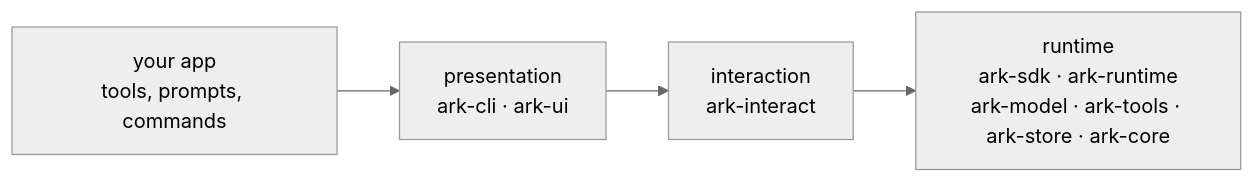
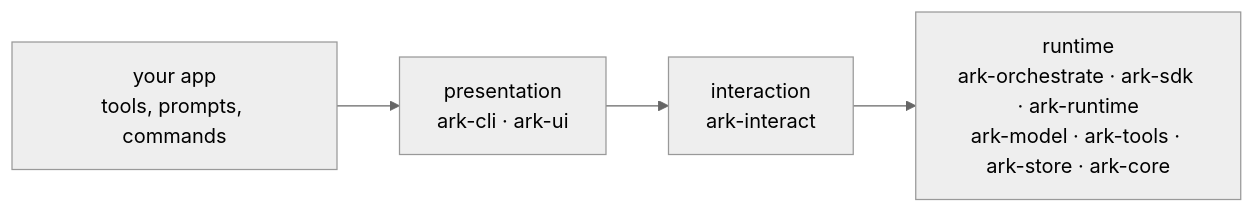
One commit to 0x00vb/ARK changed the diagram in README.md. Above: the diagram before and after it, drawn with Mermaid (neutral theme). The commit also changed other lines of this file and 61 other files, not shown here.

````diff
--- a/README.md
+++ b/README.md
@@ -17,5 +17,5 @@
 ```mermaid
 flowchart LR
     app["your app<br/>tools, prompts, commands"] --> pres["presentation<br/>ark-cli · ark-ui"]
-    pres --> inter["interaction<br/>ark-interact"] --> rt["runtime<br/>ark-sdk · ark-runtime<br/>ark-model · ark-tools · ark-store · ark-core"]
+    pres --> inter["interaction<br/>ark-interact"] --> rt["runtime<br/>ark-orchestrate · ark-sdk · ark-runtime<br/>ark-model · ark-tools · ark-store · ark-core"]
 ```
````
